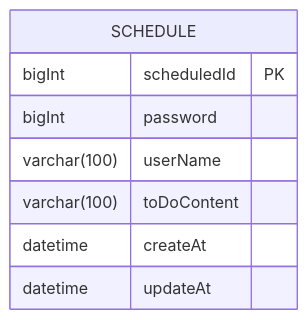
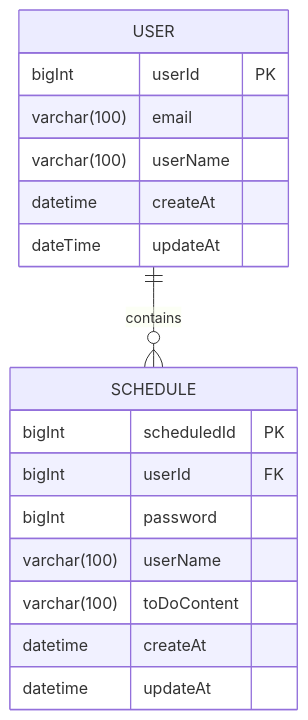
One commit to kimyongjun0129/schedule_web_project changed the diagram in README.md. Above: the diagram before and after it, drawn with Mermaid.

Commit message:
Lv_3 요구사항에 맞춰 USER Table 추가

````diff
--- a/README.md
+++ b/README.md
@@ -11,11 +11,20 @@
 ```mermaid
 erDiagram
+    USER ||--o{ SCHEDULE : contains
+    USER {
+        bigInt userId PK
+        varchar(100) email
+        varchar(100) userName
+        datetime createAt
+        dateTime updateAt
+    }
     SCHEDULE {
         bigInt scheduledId PK
+        bigInt userId FK
         bigInt password
         varchar(100) userName
         varchar(100) toDoContent
         datetime createAt
         datetime updateAt
     }
 ```
````
